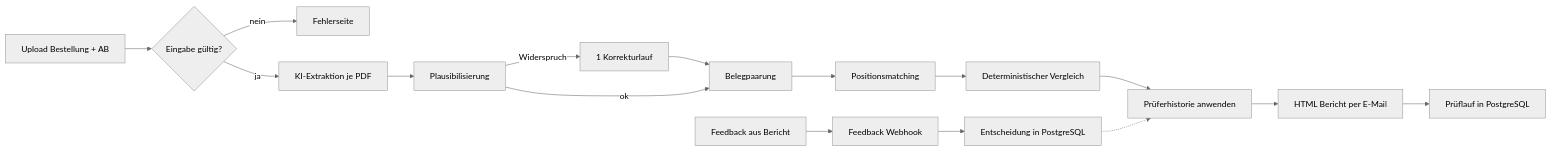
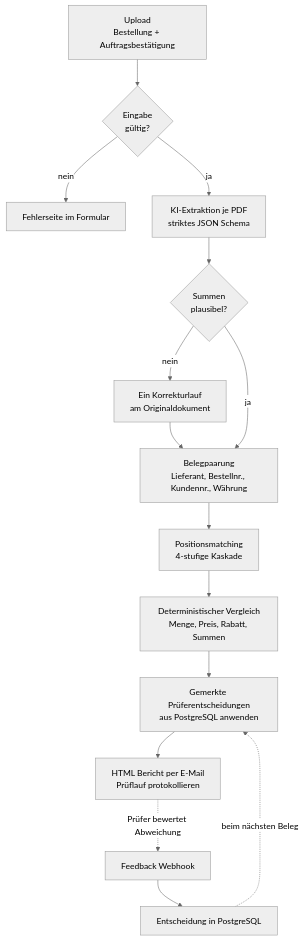
One commit to alexruppeldev/automation-portfolio changed the diagram in case-belegabgleich/README.md. Above: the diagram before and after it, drawn with Mermaid (neutral theme). The commit also changed other lines of this file and 3 other files, not shown here.

First line of the commit message:
Ablaufdiagramme vertikal und lesbarer

````diff
--- a/case-belegabgleich/README.md
+++ b/case-belegabgleich/README.md
@@ -15,18 +15,17 @@
 ```mermaid
-flowchart LR
-  A[Upload Bestellung + AB] --> B{Eingabe gültig?}
-  B -->|nein| X[Fehlerseite]
-  B -->|ja| C[KI-Extraktion je PDF]
-  C --> D[Plausibilisierung]
-  D -->|Widerspruch| E[1 Korrekturlauf]
+flowchart TB
+  A["Upload<br/>Bestellung + Auftragsbestätigung"] --> B{"Eingabe<br/>gültig?"}
+  B -- "nein" --> X["Fehlerseite im Formular"]
+  B -- "ja" --> C["KI-Extraktion je PDF<br/>striktes JSON Schema"]
+  C --> D{"Summen<br/>plausibel?"}
+  D -- "nein" --> E["Ein Korrekturlauf<br/>am Originaldokument"]
   E --> F
-  D -->|ok| F[Belegpaarung]
-  F --> G[Positionsmatching]
-  G --> H[Deterministischer Vergleich]
-  H --> I[Prüferhistorie anwenden]
-  I --> J[HTML Bericht per E-Mail]
-  J --> K[Prüflauf in PostgreSQL]
-  L[Feedback aus Bericht] --> M[Feedback Webhook]
-  M --> N[Entscheidung in PostgreSQL]
-  N -.-> I
+  D -- "ja" --> F["Belegpaarung<br/>Lieferant, Bestellnr., Kundennr., Währung"]
+  F --> G["Positionsmatching<br/>4-stufige Kaskade"]
+  G --> H["Deterministischer Vergleich<br/>Menge, Preis, Rabatt, Summen"]
+  H --> I["Gemerkte Prüferentscheidungen<br/>aus PostgreSQL anwenden"]
+  I --> J["HTML Bericht per E-Mail<br/>Prüflauf protokollieren"]
+  J -. "Prüfer bewertet Abweichung" .-> L["Feedback Webhook"]
+  L --> M["Entscheidung in PostgreSQL"]
+  M -. "beim nächsten Beleg" .-> I
 ```
````
